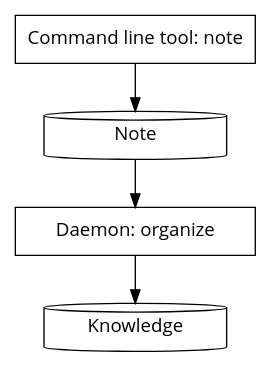
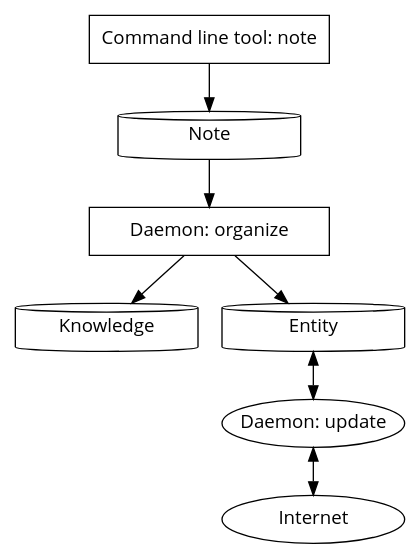
Before and after one commit to allround-software-engineering/blog: the diagram in docs/graph/2019-10-18-personal-knowledge-base-1.dot, drawn with Graphviz. The commit also changed 1 other file, not shown here.

Commit message:
update personal database graph

```diff
--- a/docs/graph/2019-10-18-personal-knowledge-base-1.dot
+++ b/docs/graph/2019-10-18-personal-knowledge-base-1.dot
@@ -1,25 +1,35 @@
 # See https://www.graphviz.org/doc/info/shapes.html
 # For complete list of shapes
 
 # This the high-level architecture diagram for Personal Knowledge Base
 digraph ArchitectureDiagram {
     graph [overlap = true, fontsize = 10]
 
     # Boxes are processes
     node [shape = box,
         fontname = "Open Sans",
         width = 2.5]
     "Command line tool: note"; "Daemon: organize"
 
     # Cylinder are Data Storage
     node [shape = cylinder,
         fixedsize = true,
         fontname = "Open Sans"
         width = 1.9]
-    Note; Knowledge
+    Note; Knowledge ; Entity
+
+    # Oval are external objects
+    node [shape = oval,
+        fixedsize = true,
+        fontname = "Open Sans"
+        width = 1.9]
+    Internet;
 
     # Directed Edges
     "Command line tool: note" -> Note
     Note -> "Daemon: organize"
     "Daemon: organize" -> Knowledge
+    "Daemon: organize" -> Entity
+    Entity -> "Daemon: update" [dir="both"]
+    "Daemon: update"-> Internet [dir="both"]
 }
```
